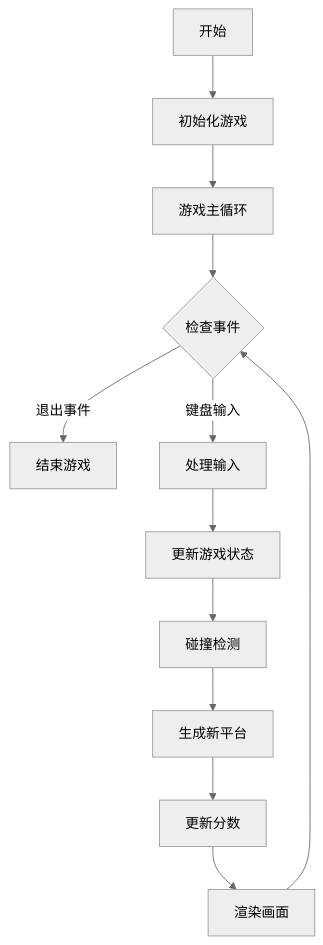
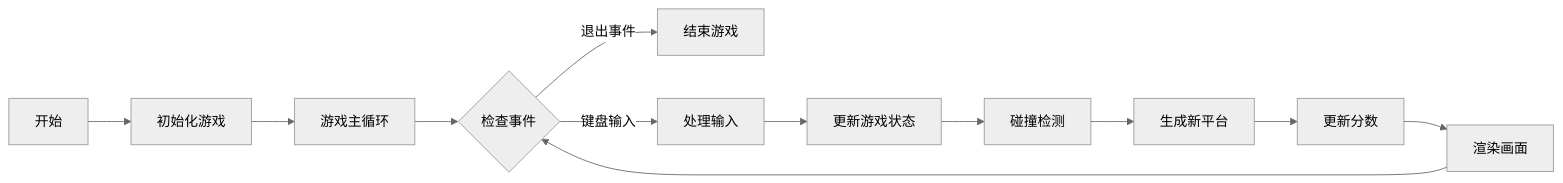
One commit to may3rr/iodraw-files changed the diagram in all/未命名-4.md. Above: the diagram before and after it, drawn with Mermaid (neutral theme).

Commit message:
2024-11-11 22:50:56 update

````diff
--- a/all/未命名-4.md
+++ b/all/未命名-4.md
@@ -1,14 +1,14 @@
 ```mermaid
-flowchart TD
+flowchart LR
     A[开始] --> B[初始化游戏]
     B --> C[游戏主循环]
     C --> D{检查事件}
     D --> |退出事件| E[结束游戏]
     D --> |键盘输入| F[处理输入]
     F --> G[更新游戏状态]
     G --> H[碰撞检测]
     H --> I[生成新平台]
     I --> J[更新分数]
     J --> K[渲染画面]
     K --> D
 ```
````
